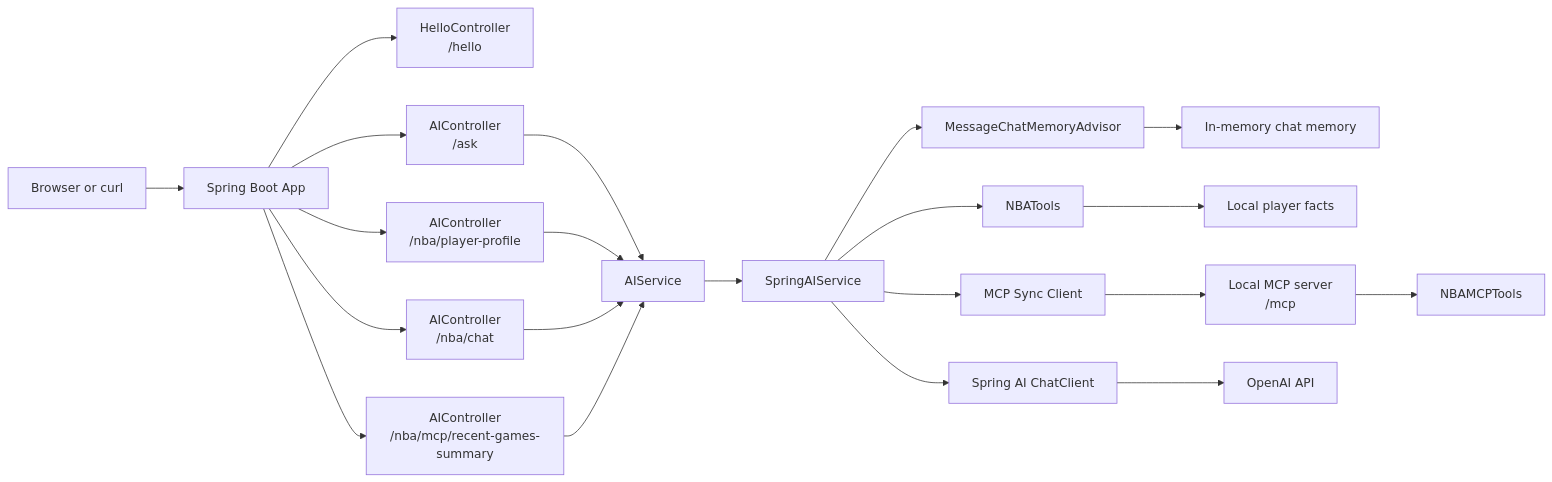
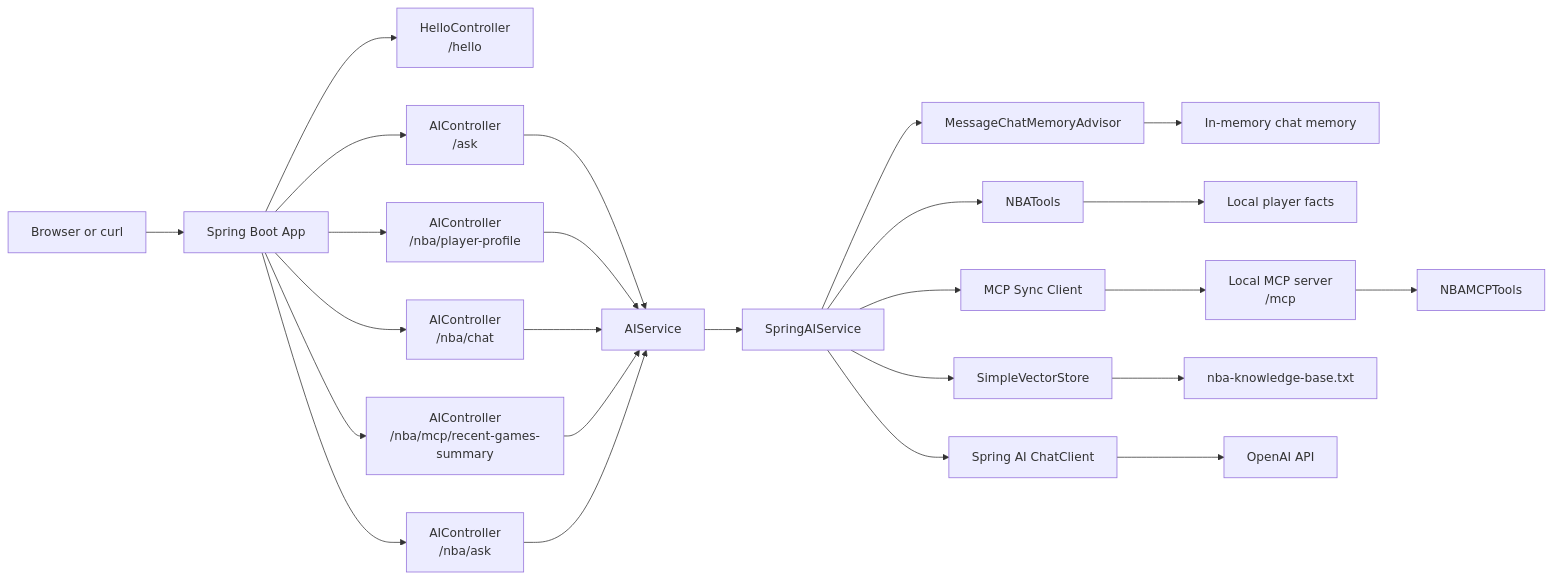
The diagram in README.md (venkykumar/springai-starter), drawn with Mermaid before and after one commit. The commit also changed other lines of this file and 11 other files, not shown here.

````diff
--- a/README.md
+++ b/README.md
@@ -275,23 +324,27 @@
 ```mermaid
 flowchart LR
     A[Browser or curl] --> B[Spring Boot App]
     B --> C[HelloController<br>/hello]
     B --> D[AIController<br>/ask]
     B --> I[AIController<br>/nba/player-profile]
     B --> J[AIController<br>/nba/chat]
     B --> O[AIController<br>/nba/mcp/recent-games-summary]
+    B --> S[AIController<br>/nba/ask]
     D --> E[AIService]
     I --> E
     J --> E
     O --> E
+    S --> E
     E --> F[SpringAIService]
     F --> K[MessageChatMemoryAdvisor]
     K --> L[In-memory chat memory]
     F --> M[NBATools]
     M --> N[Local player facts]
     F --> P[MCP Sync Client]
     P --> Q[Local MCP server<br>/mcp]
     Q --> R[NBAMCPTools]
+    F --> T[SimpleVectorStore]
+    T --> U[nba-knowledge-base.txt]
     F --> G[Spring AI ChatClient]
     G --> H[OpenAI API]
 ```
````
